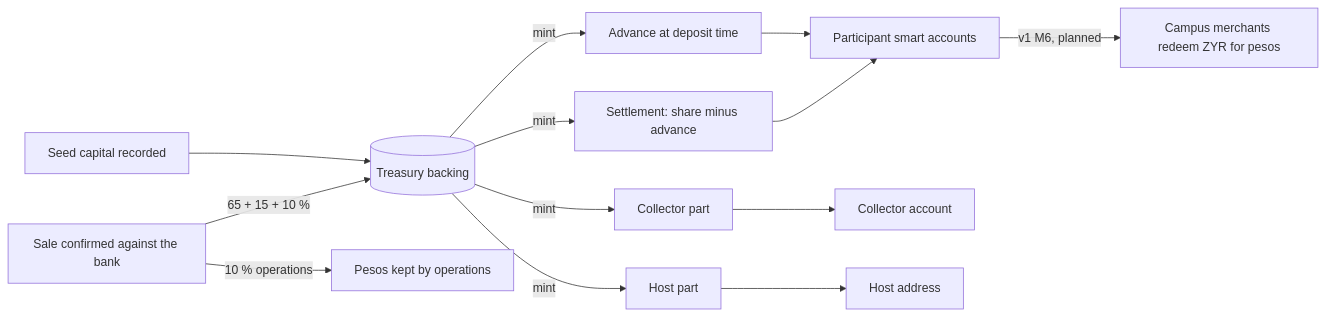
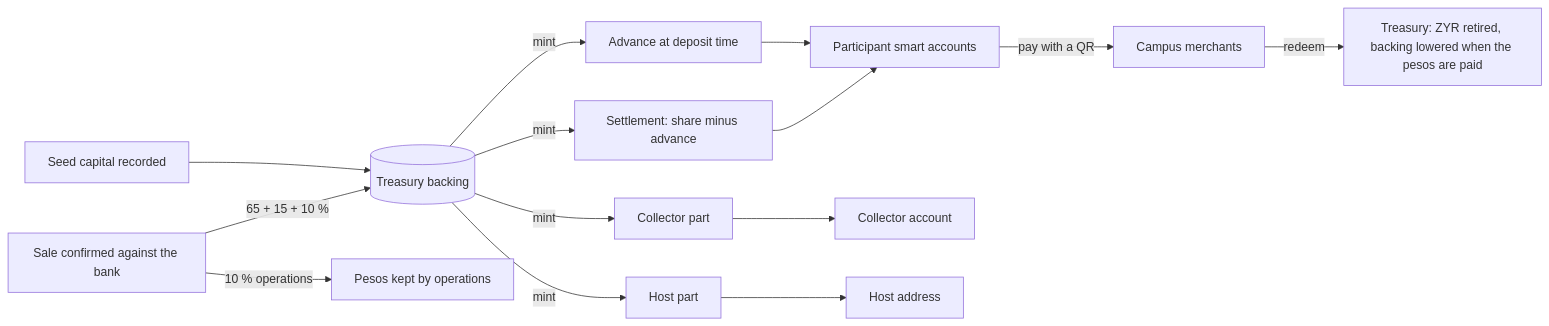
The tenth of 10 diagrams in docs/flows.md (diegowritescode/zyrcle), drawn with Mermaid before and after one commit. The commit also changed other lines of this file and 39 other files, not shown here.

````diff
--- a/docs/flows.md
+++ b/docs/flows.md
@@ -250,14 +288,15 @@
 ```mermaid
 flowchart LR
     S[Seed capital recorded] --> B[(Treasury backing)]
     Sale[Sale confirmed against the bank] -->|65 + 15 + 10 %| B
     Sale -->|10 % operations| Ops[Pesos kept by operations]
     B -->|mint| Adv[Advance at deposit time]
     B -->|mint| Set[Settlement: share minus advance]
     B -->|mint| Col[Collector part]
     B -->|mint| H[Host part]
     Adv & Set --> Acc[Participant smart accounts]
     Col --> CA[Collector account]
     H --> HA[Host address]
-    Acc -->|v1 M6, planned| M[Campus merchants redeem ZYR for pesos]
+    Acc -->|pay with a QR| M[Campus merchants]
+    M -->|redeem| T2[Treasury: ZYR retired, backing lowered when the pesos are paid]
 ```
````
